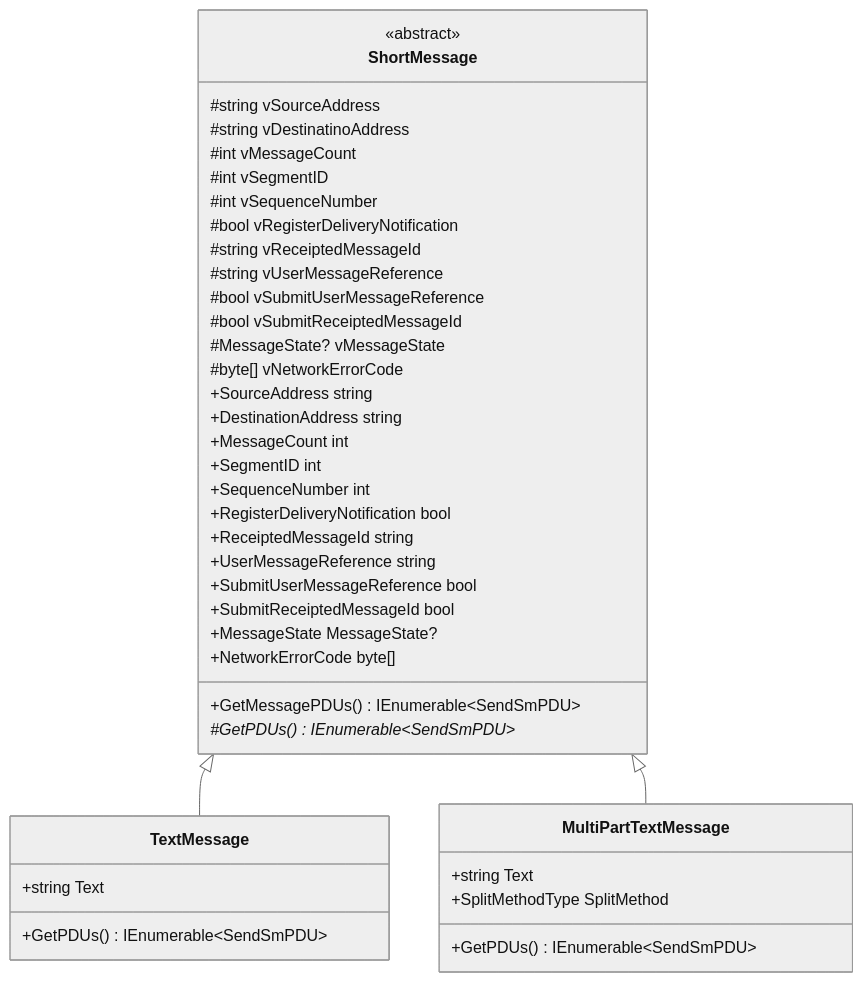
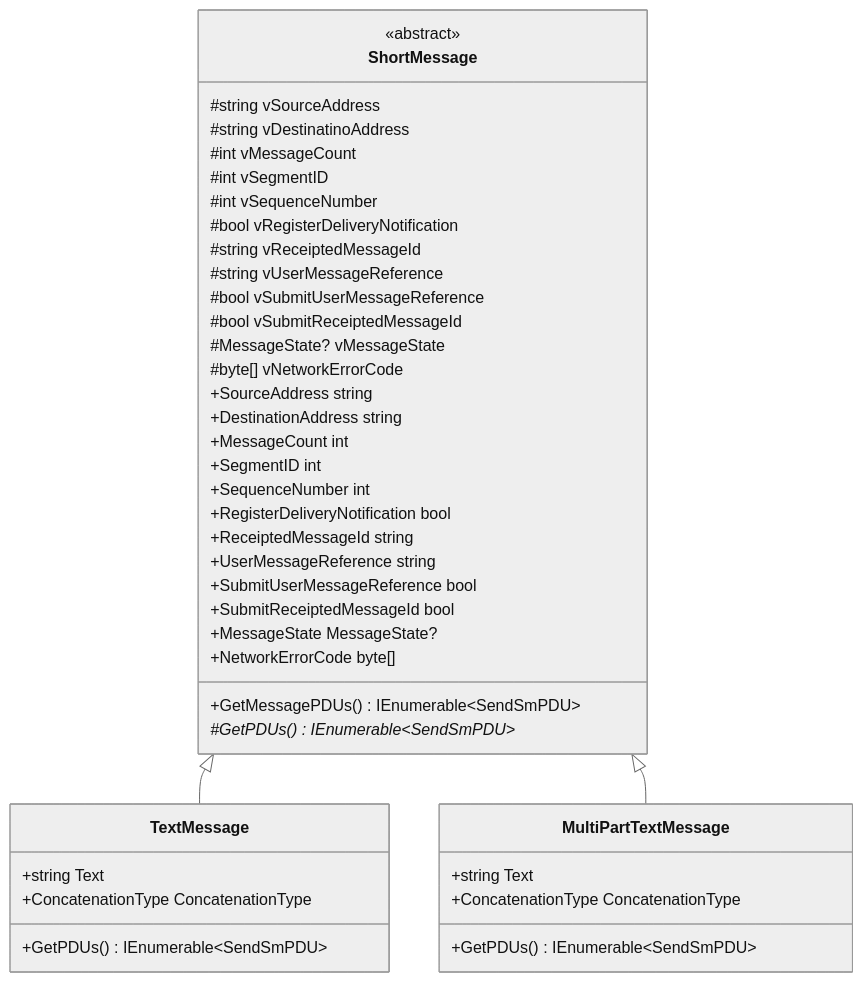
One commit to AdhamAwadhi/JamaaSMPP changed the second of 7 diagrams in docs/ShortMessage.md. Above: the diagram before and after it, drawn with Mermaid (neutral theme). The commit also changed other lines of this file and 5 other files, not shown here.

Commit message:
feat: add ConcatenationType

````diff
--- a/docs/ShortMessage.md
+++ b/docs/ShortMessage.md
@@ -68,46 +68,47 @@
 ```mermaid
 classDiagram
     class ShortMessage {
         <<abstract>>
         #string vSourceAddress
         #string vDestinatinoAddress
         #int vMessageCount
         #int vSegmentID
         #int vSequenceNumber
         #bool vRegisterDeliveryNotification
         #string vReceiptedMessageId
         #string vUserMessageReference
         #bool vSubmitUserMessageReference
         #bool vSubmitReceiptedMessageId
         #MessageState? vMessageState
         #byte[] vNetworkErrorCode
         +SourceAddress string
         +DestinationAddress string
         +MessageCount int
         +SegmentID int
         +SequenceNumber int
         +RegisterDeliveryNotification bool
         +ReceiptedMessageId string
         +UserMessageReference string
         +SubmitUserMessageReference bool
         +SubmitReceiptedMessageId bool
         +MessageState MessageState?
         +NetworkErrorCode byte[]
         +GetMessagePDUs() IEnumerable~SendSmPDU~
         #GetPDUs() IEnumerable~SendSmPDU~*
     }
     
     class TextMessage {
         +string Text
+        +ConcatenationType ConcatenationType
         +GetPDUs() IEnumerable~SendSmPDU~
     }
     
     class MultiPartTextMessage {
         +string Text
-        +SplitMethodType SplitMethod
+        +ConcatenationType ConcatenationType
         +GetPDUs() IEnumerable~SendSmPDU~
     }
     
     ShortMessage <|-- TextMessage
     ShortMessage <|-- MultiPartTextMessage
 ```
````
